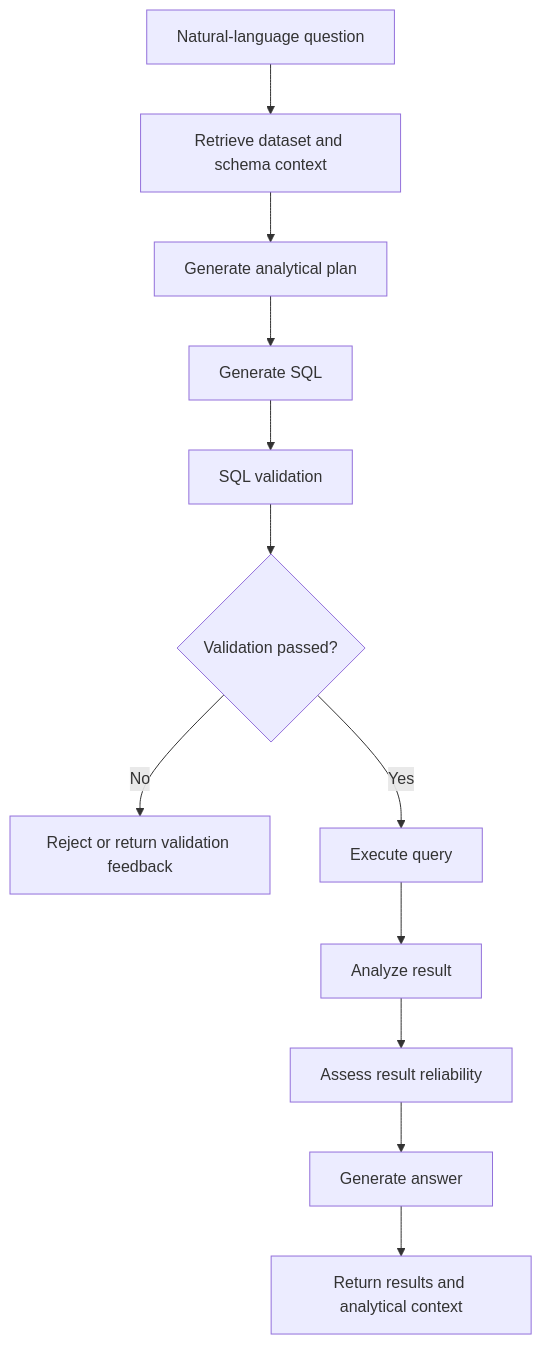
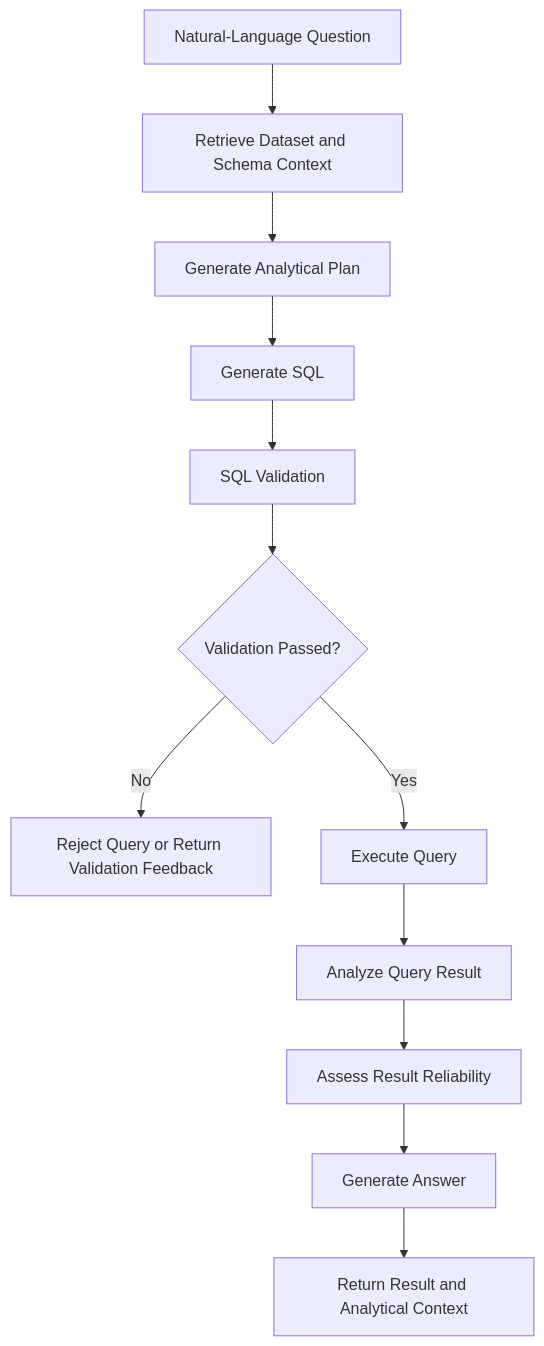
The third of 7 diagrams in README.md (shreyajoshi144/querysure), drawn with Mermaid before and after one commit. The commit also changed other lines of this file, not shown here.

````diff
--- a/README.md
+++ b/README.md
@@ -200,21 +195,23 @@
 ```mermaid
 flowchart TD
-    A[Natural-language question] --> B[Retrieve dataset and schema context]
 
-    B --> C[Generate analytical plan]
+    A[Natural-Language Question]
+        --> B[Retrieve Dataset and Schema Context]
+
+    B --> C[Generate Analytical Plan]
     C --> D[Generate SQL]
 
-    D --> E[SQL validation]
+    D --> E[SQL Validation]
 
-    E --> F{Validation passed?}
+    E --> F{Validation Passed?}
 
-    F -->|No| G[Reject or return validation feedback]
+    F -->|No| G[Reject Query or Return Validation Feedback]
 
-    F -->|Yes| H[Execute query]
+    F -->|Yes| H[Execute Query]
 
-    H --> I[Analyze result]
-    I --> J[Assess result reliability]
+    H --> I[Analyze Query Result]
+    I --> J[Assess Result Reliability]
 
-    J --> K[Generate answer]
-    K --> L[Return results and analytical context]
+    J --> K[Generate Answer]
+    K --> L[Return Result and Analytical Context]
 ```
````
